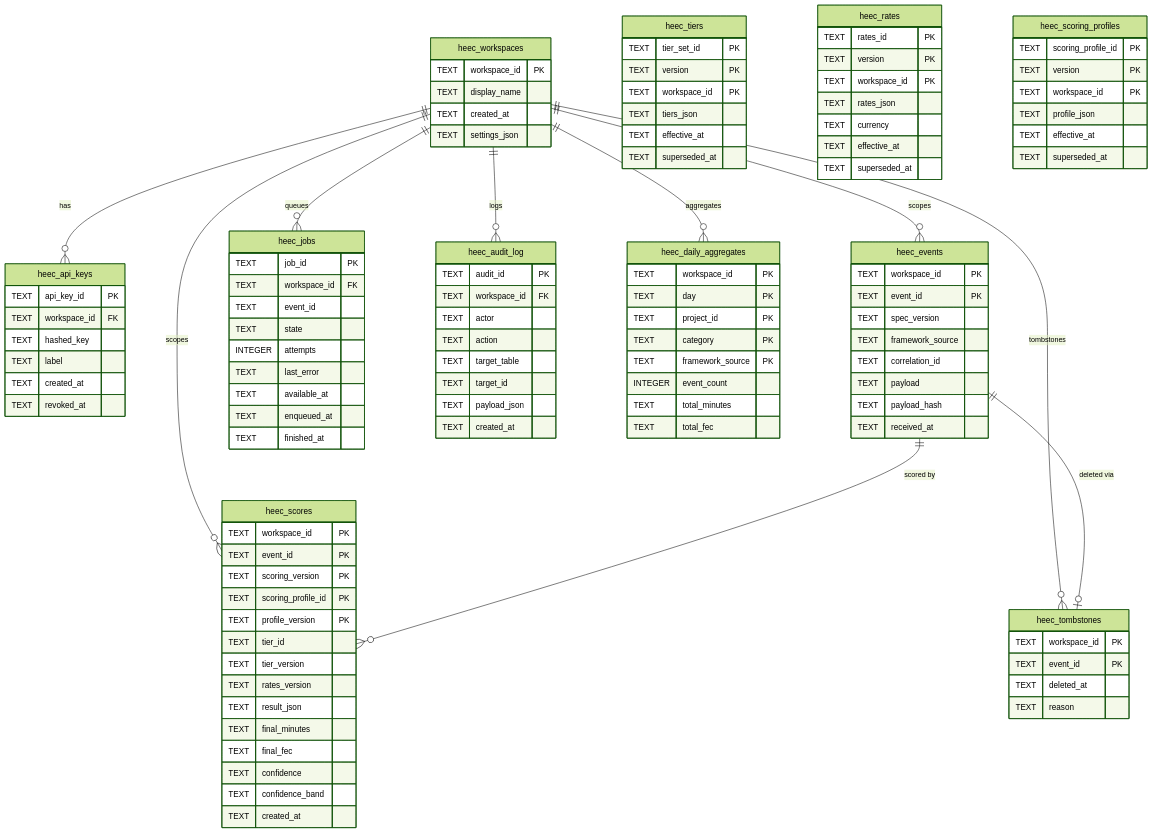
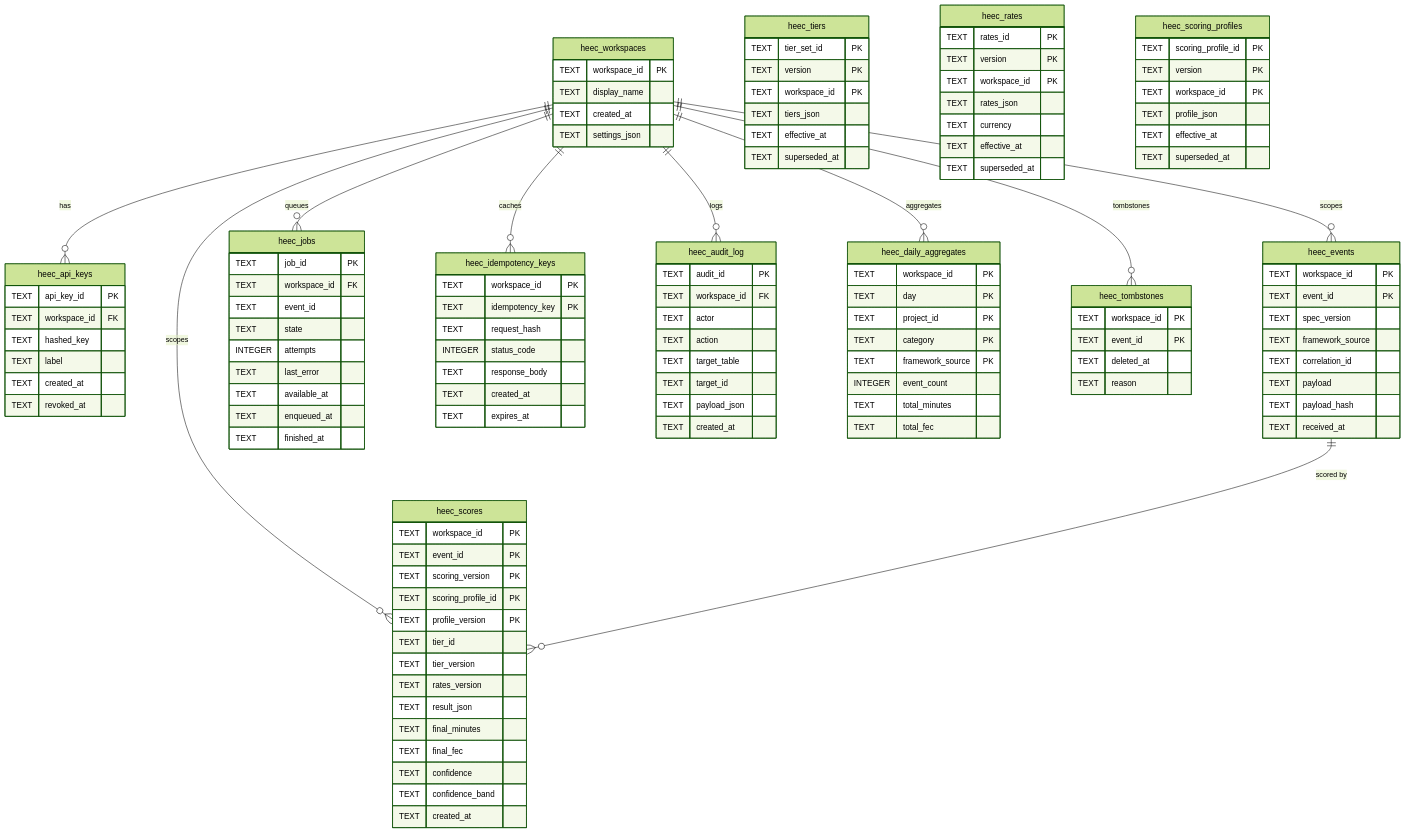
The diagram in docs/architecture/data-model.md (cognizhi/ai-heeczer), drawn with Mermaid (forest theme) before and after one commit. The commit also changed other lines of this file and 83 other files, not shown here.

````diff
--- a/docs/architecture/data-model.md
+++ b/docs/architecture/data-model.md
@@ -99,6 +99,16 @@
         TEXT available_at
         TEXT enqueued_at
         TEXT finished_at
+    }
+
+    heec_idempotency_keys {
+        TEXT workspace_id PK
+        TEXT idempotency_key PK
+        TEXT request_hash
+        INTEGER status_code
+        TEXT response_body
+        TEXT created_at
+        TEXT expires_at
     }
 
     heec_tiers {
@@ -162,9 +172,9 @@
     heec_workspaces ||--o{ heec_events : "scopes"
     heec_workspaces ||--o{ heec_scores : "scopes"
     heec_workspaces ||--o{ heec_jobs : "queues"
+    heec_workspaces ||--o{ heec_idempotency_keys : "caches"
     heec_workspaces ||--o{ heec_audit_log : "logs"
     heec_workspaces ||--o{ heec_daily_aggregates : "aggregates"
     heec_workspaces ||--o{ heec_tombstones : "tombstones"
     heec_events ||--o{ heec_scores : "scored by"
-    heec_events ||--o| heec_tombstones : "deleted via"
 ```
````
